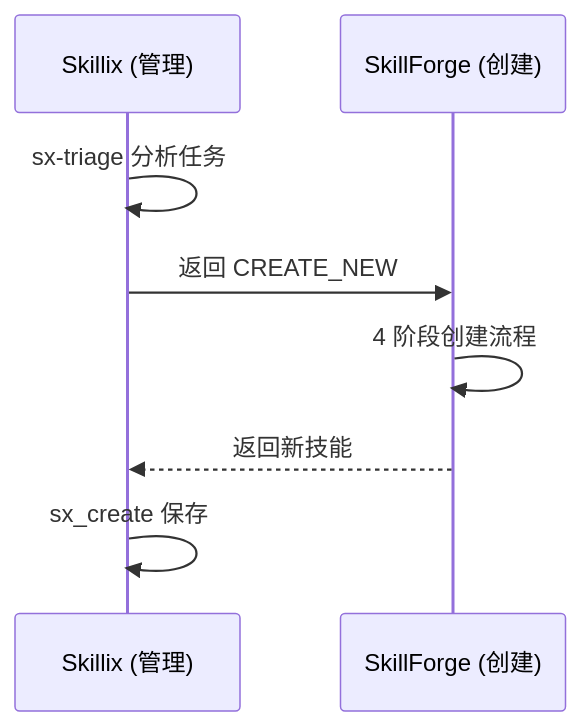
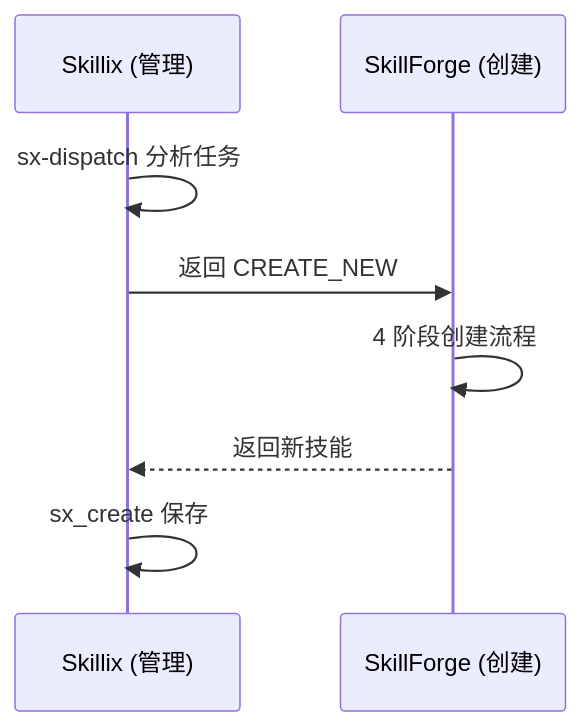
Before and after one commit to shetengteng/skillix-mcp: the third of 3 diagrams in design/03-实现/20260111-04-实现计划.md, drawn with Mermaid. The commit also changed other lines of this file and 32 other files, not shown here.

````diff
--- a/design/03-实现/20260111-04-实现计划.md
+++ b/design/03-实现/20260111-04-实现计划.md
@@ -176,11 +176,11 @@
 ```mermaid
 sequenceDiagram
     participant S as Skillix (管理)
     participant F as SkillForge (创建)
     
-    S->>S: sx-triage 分析任务
+    S->>S: sx-dispatch 分析任务
     S->>F: 返回 CREATE_NEW
     F->>F: 4 阶段创建流程
     F-->>S: 返回新技能
     S->>S: sx_create 保存
 ```
````
